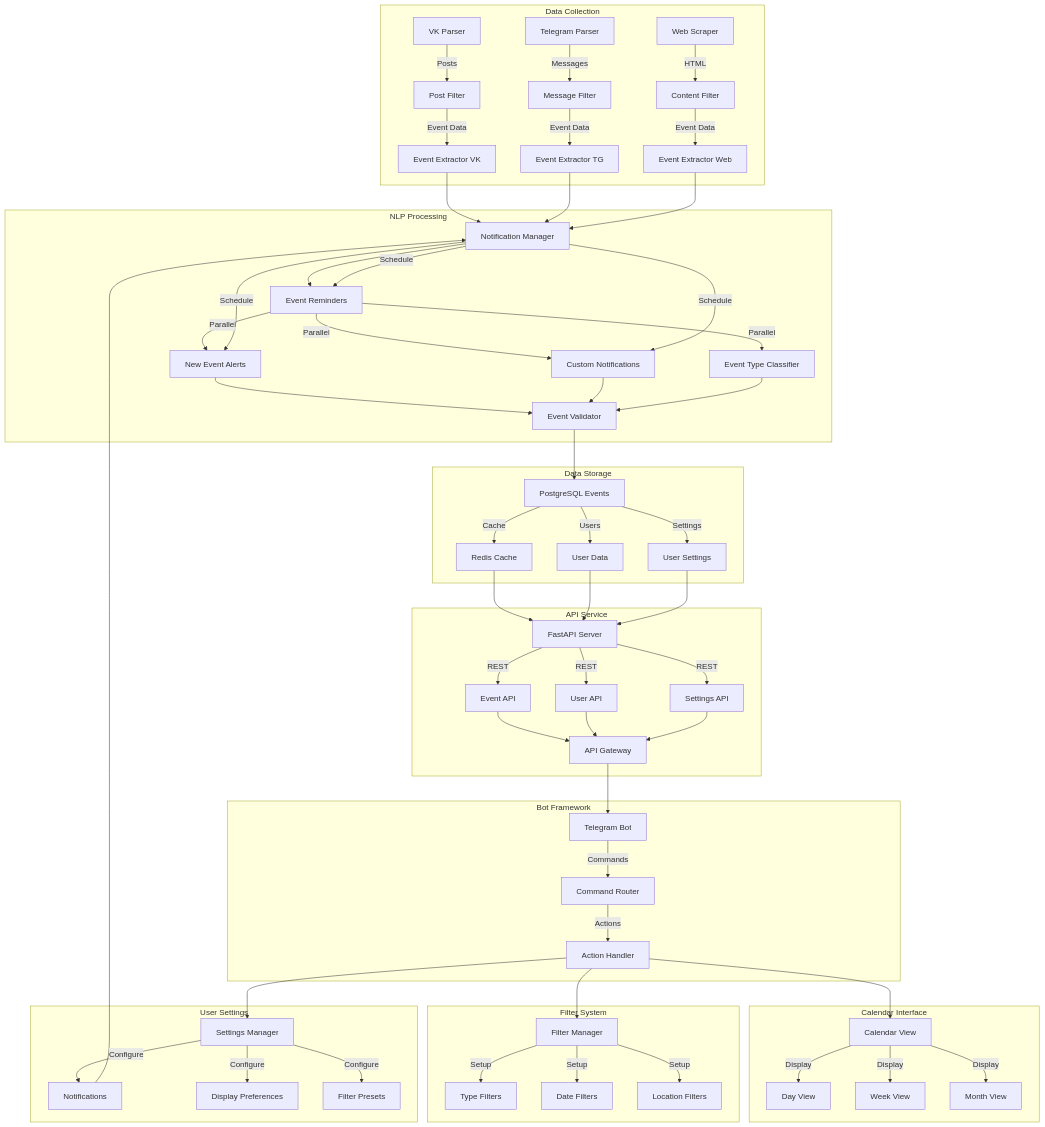
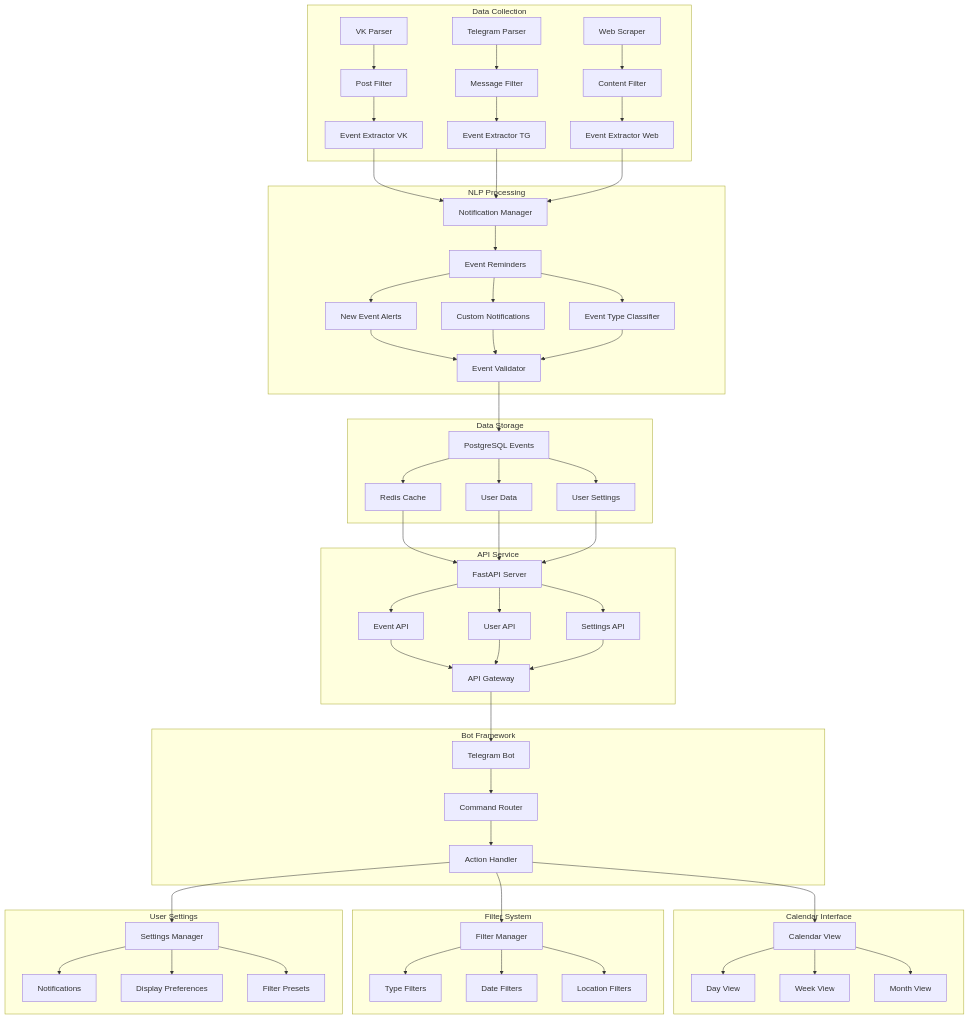
Before and after one commit to zavesone/LectureRadar: the diagram in README.md, drawn with Mermaid. The commit also changed other lines of this file, not shown here.

Commit message:
Add system architecture diagram and update project description

````diff
--- a/README.md
+++ b/README.md
@@ -72,38 +62,26 @@
         S4["Filter Presets"]
     end
 
-    V1 -- Posts --> V2
-    V2 -- Event Data --> V3
-    T1 -- Messages --> T2
-    T2 -- Event Data --> T3
-    W1 -- HTML --> W2
-    W2 -- Event Data --> W3
+    V1 --> V2
+    V2 --> V3
+    T1 --> T2
+    T2 --> T3
+    W1 --> W2
+    W2 --> W3
+    V3 & T3 & W3 --> N1
     N1 --> N2
-    N2 -- Parallel --> N3 & N4 & N5
-    V3 --> N1
-    T3 --> N1
-    W3 --> N1
-    N3 --> E1
-    N4 --> E1
-    N5 --> E1
+    N2 --> N3 & N4 & N5
+    N3 & N4 & N5 --> E1
     E1 --> DB1
-    DB1 -- Cache --> DB2
-    DB1 -- Users --> DB3
-    DB1 -- Settings --> DB4
-    DB2 --> A1
-    DB3 --> A1
-    DB4 --> A1
-    A1 -- REST --> A2 & A3 & A4
-    A2 --> A5
-    A3 --> A5
-    A4 --> A5
-    B1 -- Commands --> B2
-    B2 -- Actions --> B3
+    DB1 --> DB2 & DB3 & DB4
+    DB2 & DB3 & DB4 --> A1
+    A1 --> A2 & A3 & A4
+    A2 & A3 & A4 --> A5
     A5 --> B1
+    B1 --> B2
+    B2 --> B3
     B3 --> C1 & F1 & S1
-    C1 -- Display --> C2 & C3 & C4
-    F1 -- Setup --> F2 & F3 & F4
-    S1 -- Configure --> S2 & S3 & S4
-    S2 --> N1
-    N1 -- Schedule --> N2 & N3 & N4
+    C1 --> C2 & C3 & C4
+    F1 --> F2 & F3 & F4
+    S1 --> S2 & S3 & S4
 ```
````
